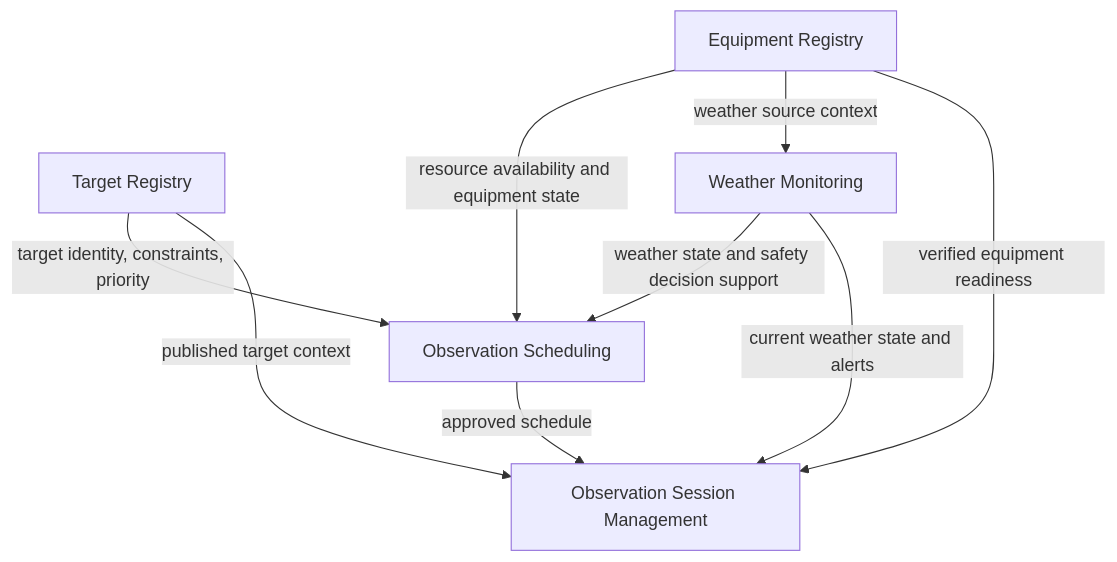
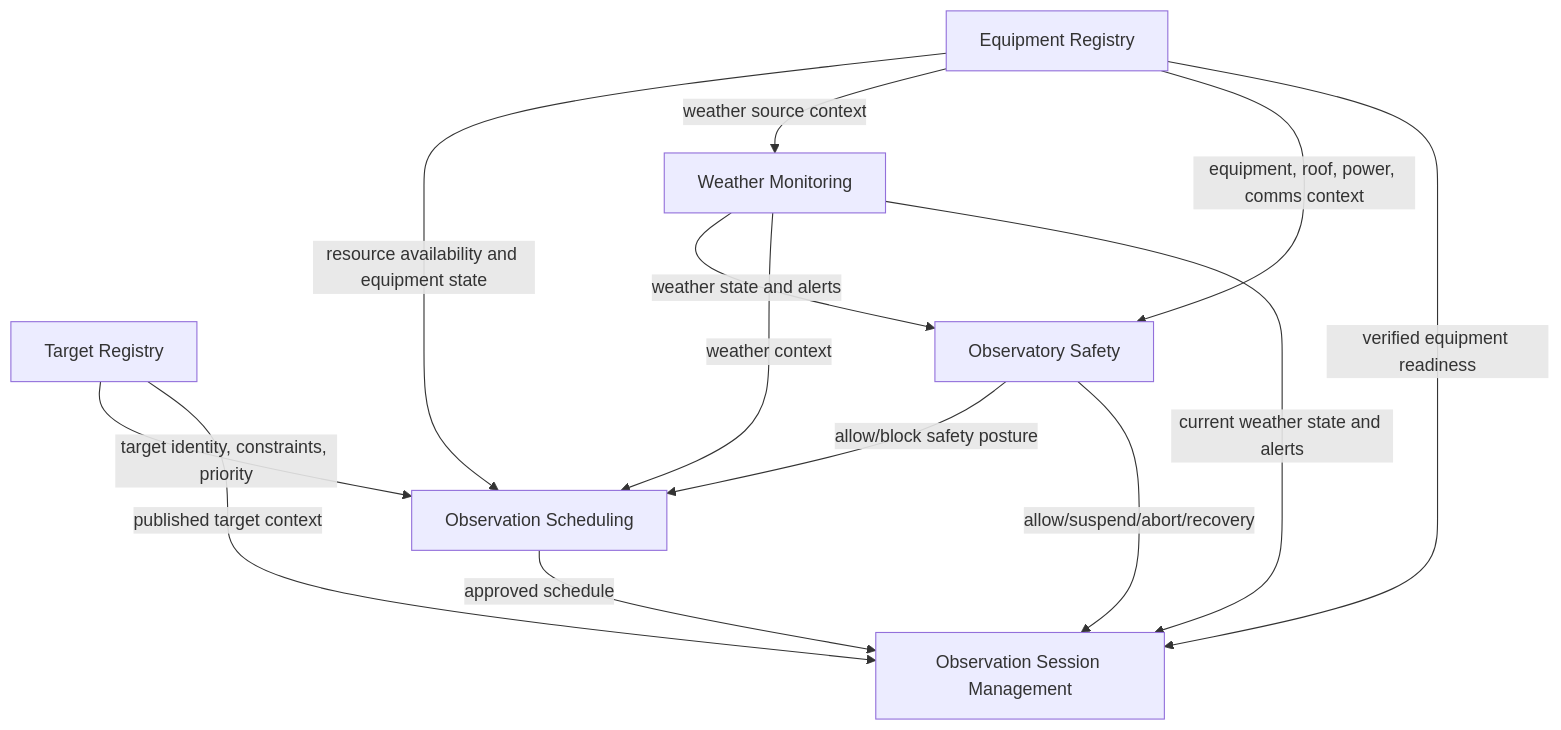
One commit to maininimassimo-bit/digital-stargate-manual changed the second of 2 diagrams in docs/domains/DOM-001-core-observatory-domain.md. Above: the diagram before and after it, drawn with Mermaid. The commit also changed other lines of this file, not shown here.

Commit message:
docs: include observatory safety in core observatory domain

````diff
--- a/docs/domains/DOM-001-core-observatory-domain.md
+++ b/docs/domains/DOM-001-core-observatory-domain.md
@@ -123,16 +132,21 @@
 ```mermaid
 flowchart TD
     TGT[Target Registry]
     SCH[Observation Scheduling]
     EQR[Equipment Registry]
     WEA[Weather Monitoring]
+    SAF[Observatory Safety]
     OSM[Observation Session Management]
     TGT -->|target identity, constraints, priority| SCH
     EQR -->|resource availability and equipment state| SCH
     EQR -->|weather source context| WEA
-    WEA -->|weather state and safety decision support| SCH
+    EQR -->|equipment, roof, power, comms context| SAF
+    WEA -->|weather state and alerts| SAF
+    WEA -->|weather context| SCH
+    SAF -->|allow/block safety posture| SCH
     SCH -->|approved schedule| OSM
     EQR -->|verified equipment readiness| OSM
     TGT -->|published target context| OSM
     WEA -->|current weather state and alerts| OSM
+    SAF -->|allow/suspend/abort/recovery| OSM
 ```
````
